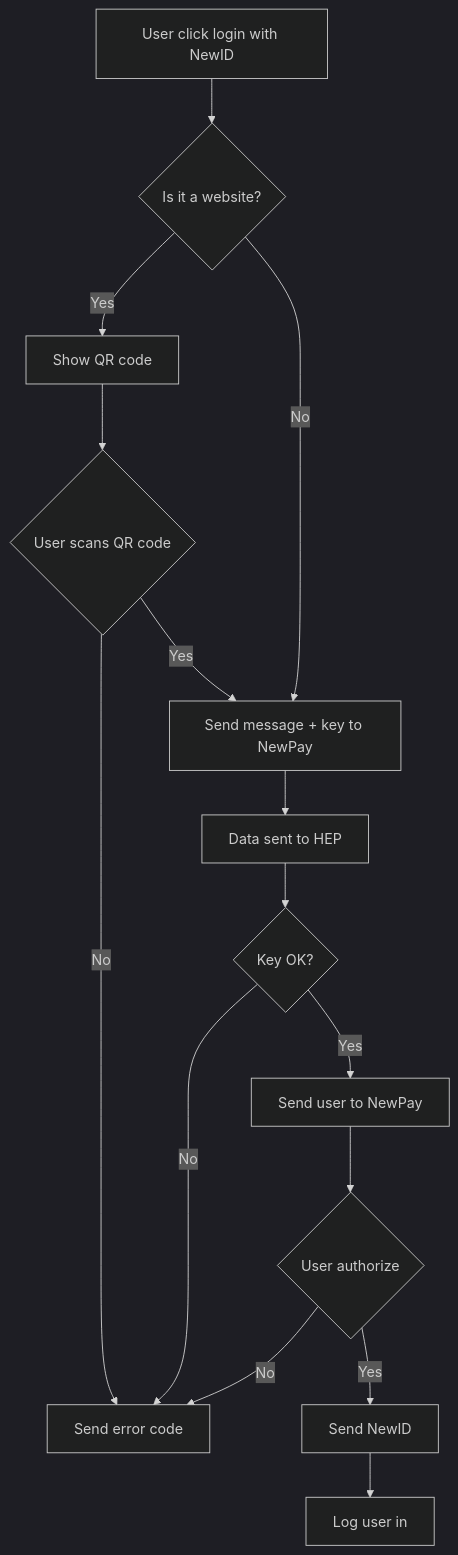
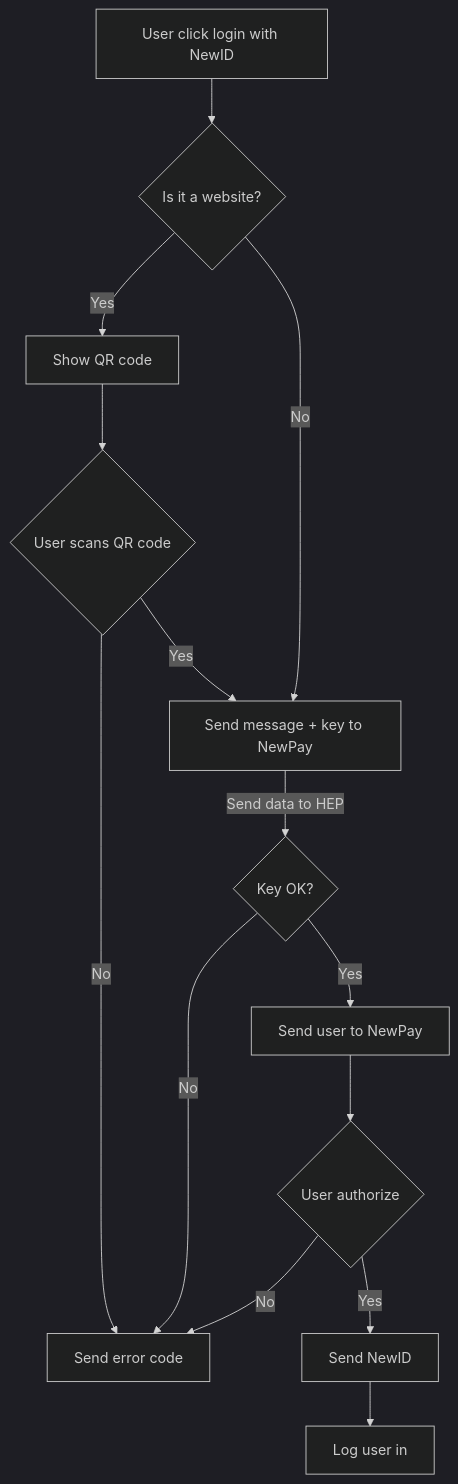
One commit to newtonproject/HEP-specification changed the diagram in login_flowchart.md. Above: the diagram before and after it, drawn with Mermaid (dark theme).

Commit message:
Simplify

````diff
--- a/login_flowchart.md
+++ b/login_flowchart.md
@@ -1,18 +1,17 @@
 ```mermaid
 graph TD
 Click[User click login with NewID] --> web_check{Is it a website?}
 web_check--> |Yes| qr[Show QR code]
 web_check--> |No| send_req_newpay
 qr --> user_scan{User scans QR code}
 user_scan-->|No| Err
 user_scan-->|Yes| send_req_newpay
 send_req_newpay[Send message + key to NewPay];
-send_req_newpay--> newpay_hep[Data sent to HEP]
-newpay_hep --> check_key{Key OK?}
+send_req_newpay --> |Send data to HEP| check_key{Key OK?}
 check_key -->|No| Err[Send error code]
 check_key -->|Yes| redirect_newpay[Send user to NewPay]
 redirect_newpay --> user_auth_ask{User authorize}
 user_auth_ask-->|No| Err
 user_auth_ask-->|Yes| send_newid[Send NewID]
 send_newid --> login_user[Log user in]
 ```
````
